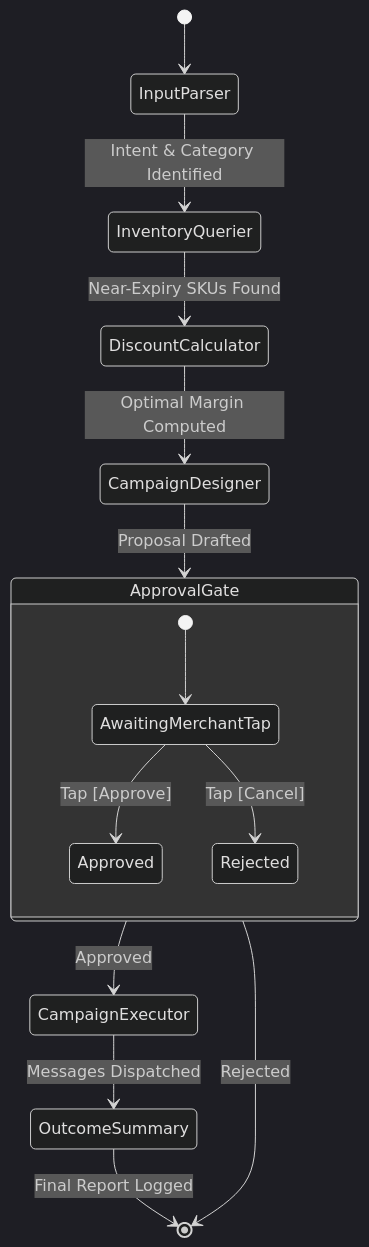
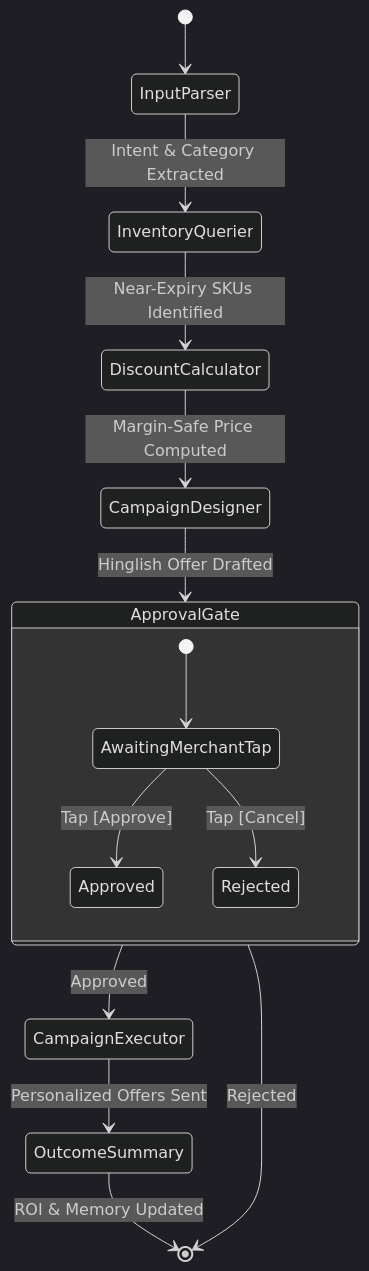
The second of 4 diagrams in README.md (granthx/KiranaMate), drawn with Mermaid (dark theme) before and after one commit. The commit also changed other lines of this file, not shown here.

Commit message:
docs: update README with KiranaVision architecture and cleaned layout

````diff
--- a/README.md
+++ b/README.md
@@ -319,19 +256,19 @@
 ```mermaid
 stateDiagram-v2
     [*] --> InputParser
-    InputParser --> InventoryQuerier: Intent & Category Identified
-    InventoryQuerier --> DiscountCalculator: Near-Expiry SKUs Found
-    DiscountCalculator --> CampaignDesigner: Optimal Margin Computed
-    CampaignDesigner --> ApprovalGate: Proposal Drafted
-    
+    InputParser --> InventoryQuerier: Intent & Category Extracted
+    InventoryQuerier --> DiscountCalculator: Near-Expiry SKUs Identified
+    DiscountCalculator --> CampaignDesigner: Margin-Safe Price Computed
+    CampaignDesigner --> ApprovalGate: Hinglish Offer Drafted
+
     state ApprovalGate {
         [*] --> AwaitingMerchantTap
         AwaitingMerchantTap --> Approved: Tap [Approve]
         AwaitingMerchantTap --> Rejected: Tap [Cancel]
     }
-    
+
     ApprovalGate --> CampaignExecutor: Approved
     ApprovalGate --> [*]: Rejected
-    CampaignExecutor --> OutcomeSummary: Messages Dispatched
-    OutcomeSummary --> [*]: Final Report Logged
+    CampaignExecutor --> OutcomeSummary: Personalized Offers Sent
+    OutcomeSummary --> [*]: ROI & Memory Updated
 ```
````
